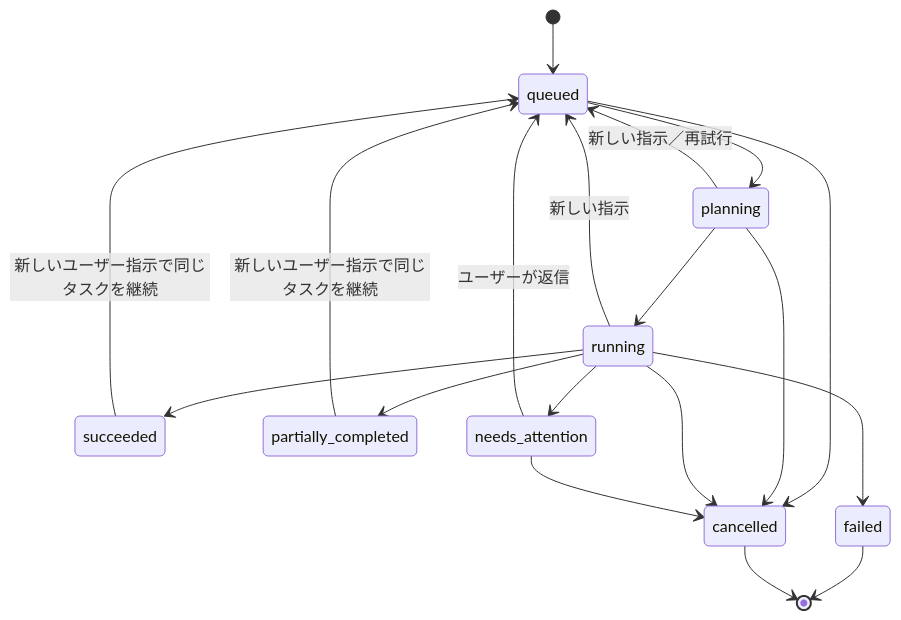
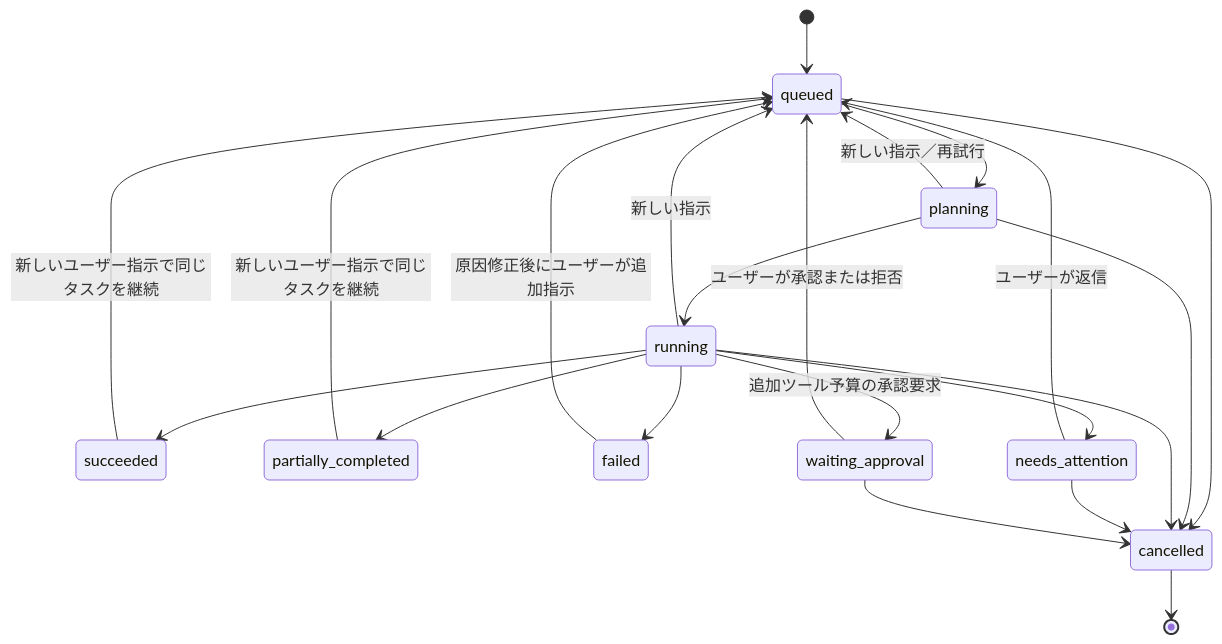
One commit to ryoma-jp/agent-orchestrator-core changed the fourth of 5 diagrams in dev-jp/01_design.md. Above: the diagram before and after it, drawn with Mermaid. The commit also changed other lines of this file and 31 other files, not shown here.

````diff
--- a/dev-jp/01_design.md
+++ b/dev-jp/01_design.md
@@ -428,21 +448,24 @@
 ```mermaid
 stateDiagram-v2
     [*] --> queued
     queued --> planning
     planning --> running
     running --> succeeded
     running --> partially_completed
     running --> failed
     running --> needs_attention
+    running --> waiting_approval: 追加ツール予算の承認要求
+    waiting_approval --> queued: ユーザーが承認または拒否
     planning --> queued: 新しい指示／再試行
     running --> queued: 新しい指示
     needs_attention --> queued: ユーザーが返信
     succeeded --> queued: 新しいユーザー指示で同じタスクを継続
     partially_completed --> queued: 新しいユーザー指示で同じタスクを継続
+    failed --> queued: 原因修正後にユーザーが追加指示
     queued --> cancelled
     planning --> cancelled
     running --> cancelled
     needs_attention --> cancelled
-    failed --> [*]
+    waiting_approval --> cancelled
     cancelled --> [*]
 ```
````
